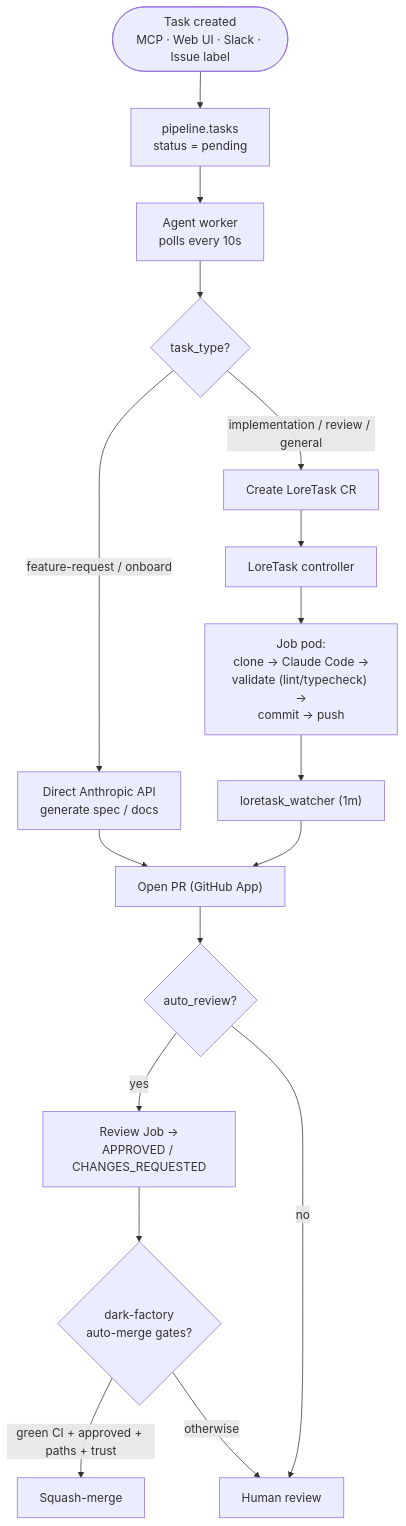
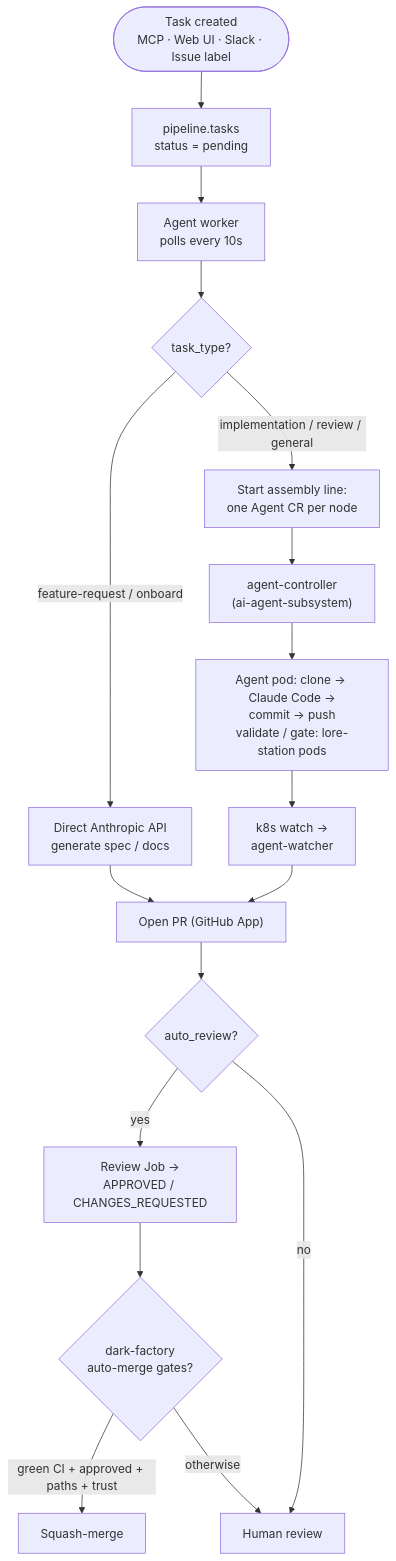
One commit to re-cinq/lore changed the second of 3 diagrams in docs/building-lore/architecture.md. Above: the diagram before and after it, drawn with Mermaid. The commit also changed other lines of this file and 8 other files, not shown here.

````diff
--- a/docs/building-lore/architecture.md
+++ b/docs/building-lore/architecture.md
@@ -59,19 +59,19 @@
 ```mermaid
 flowchart TB
     START(["Task created<br/>MCP · Web UI · Slack · Issue label"]) --> Q["pipeline.tasks<br/>status = pending"]
     Q --> W["Agent worker<br/>polls every 10s"]
     W --> TYPE{"task_type?"}
     TYPE -->|"feature-request / onboard"| LLM["Direct Anthropic API<br/>generate spec / docs"]
-    TYPE -->|"implementation / review / general"| CR["Create LoreTask CR"]
-    CR --> CTRL["LoreTask controller"]
-    CTRL --> POD["Job pod:<br/>clone → Claude Code →<br/>validate (lint/typecheck) →<br/>commit → push"]
-    POD --> WATCH["loretask_watcher (1m)"]
+    TYPE -->|"implementation / review / general"| CR["Start assembly line:<br/>one Agent CR per node"]
+    CR --> CTRL["agent-controller<br/>(ai-agent-subsystem)"]
+    CTRL --> POD["Agent pod: clone → Claude Code →<br/>commit → push<br/>validate / gate: lore-station pods"]
+    POD --> WATCH["k8s watch →<br/>agent-watcher"]
     LLM --> PR["Open PR (GitHub App)"]
     WATCH --> PR
     PR --> REVIEW{"auto_review?"}
     REVIEW -->|"yes"| RR["Review Job →<br/>APPROVED / CHANGES_REQUESTED"]
     REVIEW -->|"no"| HUMAN["Human review"]
     RR --> MERGE{"dark-factory<br/>auto-merge gates?"}
     MERGE -->|"green CI + approved + paths + trust"| SQUASH["Squash-merge"]
     MERGE -->|"otherwise"| HUMAN
 ```
````
